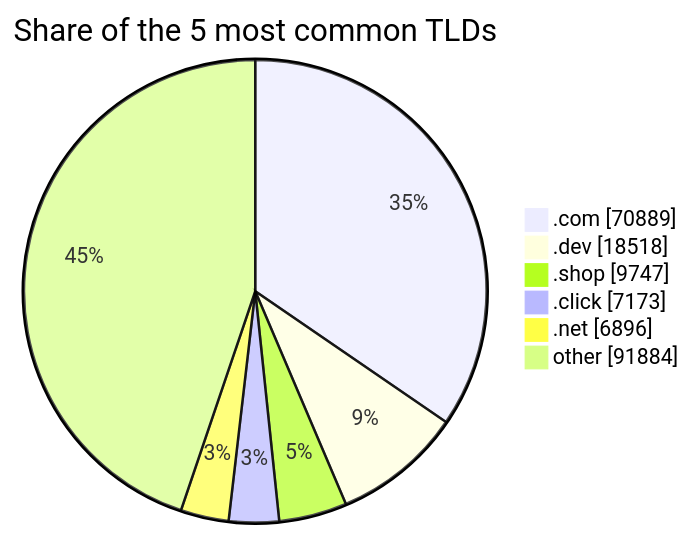
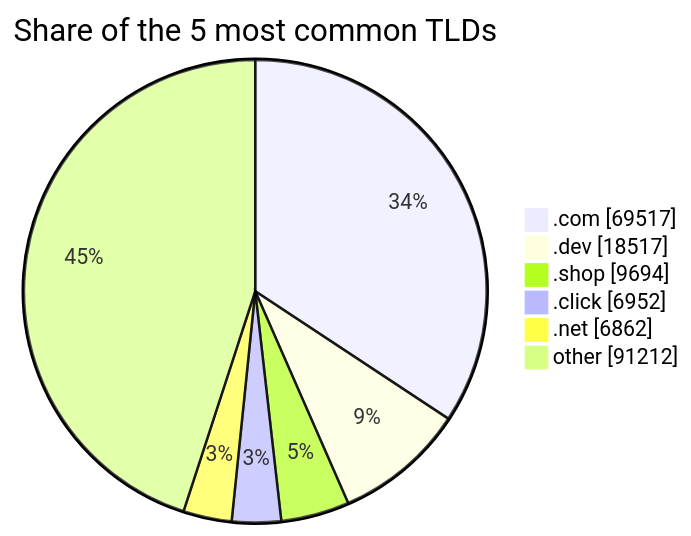
One commit to DNSBunker/CTI changed the third of 3 diagrams in README.md. Above: the diagram before and after it, drawn with Mermaid. The commit also changed other lines of this file and 3 other files, not shown here.

````diff
--- a/README.md
+++ b/README.md
@@ -81,9 +81,9 @@
 ```mermaid
 pie showData title Share of the 5 most common TLDs
-    ".com" : 70889
-    ".dev" : 18518
-    ".shop" : 9747
-    ".click" : 7173
-    ".net" : 6896
-    "other" : 91884
+    ".com" : 69517
+    ".dev" : 18517
+    ".shop" : 9694
+    ".click" : 6952
+    ".net" : 6862
+    "other" : 91212
 ```
````
